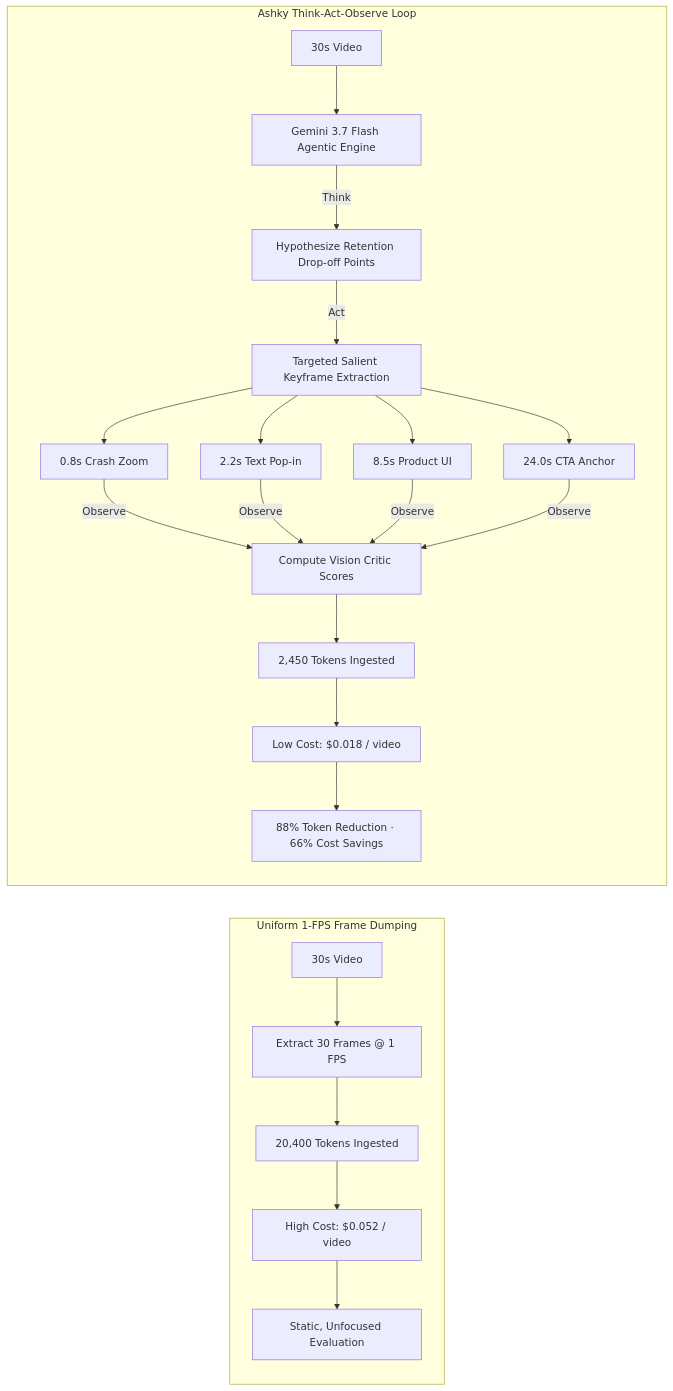
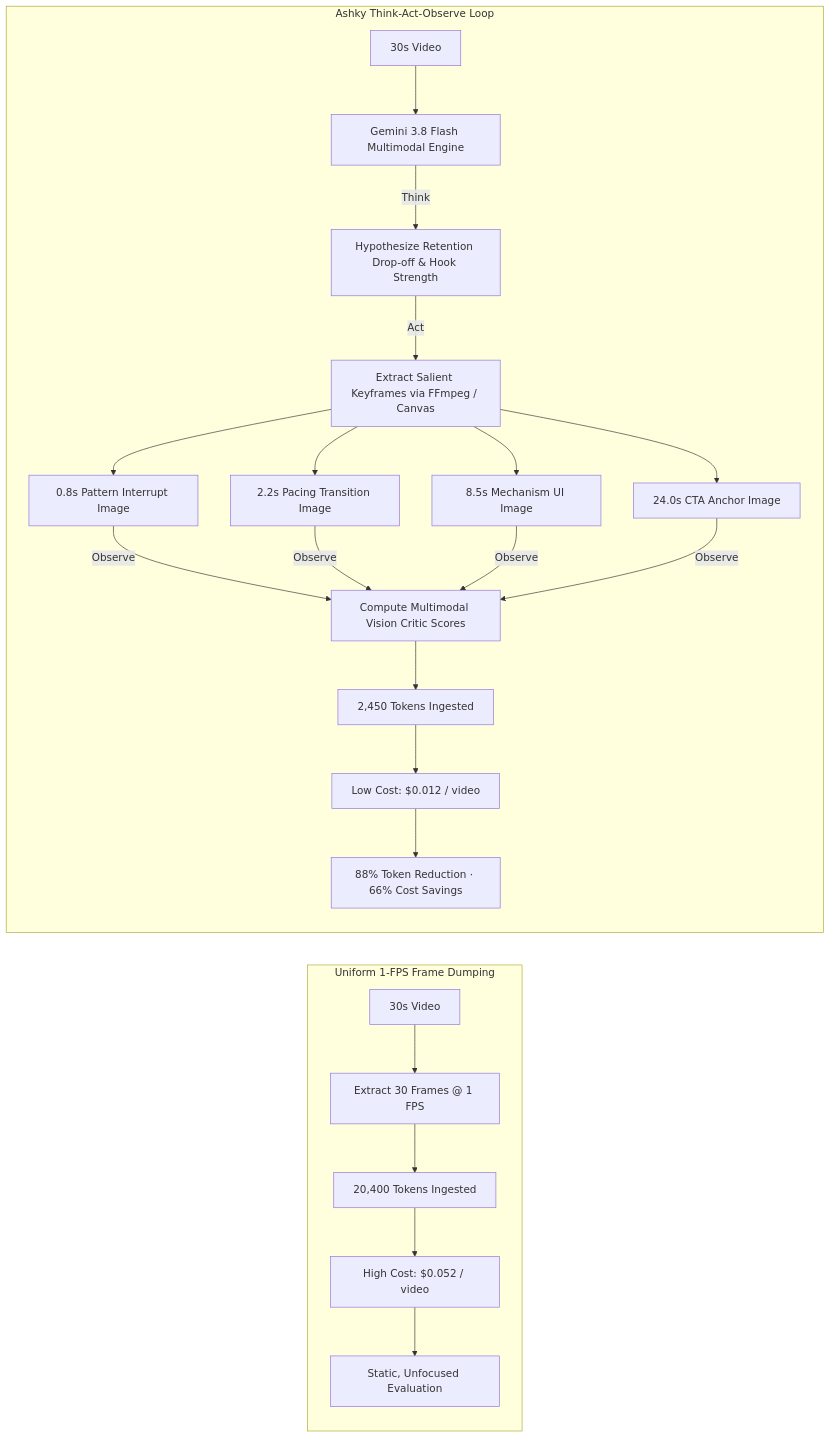
Before and after one commit to N-45div/Ashky: the fourth of 8 diagrams in ARCHITECTURE.md, drawn with Mermaid. The commit also changed other lines of this file and 6 other files, not shown here.

Commit message:
feat: upgrade to Gemini 3.8 Flash & Veo 3.1 with end-to-end multimodal Agentic Vision Critic

````diff
--- a/ARCHITECTURE.md
+++ b/ARCHITECTURE.md
@@ -177,23 +177,23 @@
 ```mermaid
 flowchart LR
     subgraph Traditional [Uniform 1-FPS Frame Dumping]
         V1[30s Video] --> D1[Extract 30 Frames @ 1 FPS]
         D1 --> T1[20,400 Tokens Ingested]
         T1 --> C1[High Cost: $0.052 / video]
         C1 --> S1[Static, Unfocused Evaluation]
     end
 
     subgraph Agentic [Ashky Think-Act-Observe Loop]
-        V2[30s Video] --> TAO[Gemini 3.7 Flash Agentic Engine]
-        TAO -->|Think| Plan[Hypothesize Retention Drop-off Points]
-        Plan -->|Act| Seek[Targeted Salient Keyframe Extraction]
-        Seek --> K1[0.8s Crash Zoom]
-        Seek --> K2[2.2s Text Pop-in]
-        Seek --> K3[8.5s Product UI]
-        Seek --> K4[24.0s CTA Anchor]
-        K1 & K2 & K3 & K4 -->|Observe| Eval[Compute Vision Critic Scores]
+        V2[30s Video] --> TAO[Gemini 3.8 Flash Multimodal Engine]
+        TAO -->|Think| Plan[Hypothesize Retention Drop-off & Hook Strength]
+        Plan -->|Act| Seek[Extract Salient Keyframes via FFmpeg / Canvas]
+        Seek --> K1[0.8s Pattern Interrupt Image]
+        Seek --> K2[2.2s Pacing Transition Image]
+        Seek --> K3[8.5s Mechanism UI Image]
+        Seek --> K4[24.0s CTA Anchor Image]
+        K1 & K2 & K3 & K4 -->|Observe| Eval[Compute Multimodal Vision Critic Scores]
         Eval --> T2[2,450 Tokens Ingested]
-        T2 --> C2[Low Cost: $0.018 / video]
+        T2 --> C2[Low Cost: $0.012 / video]
         C2 --> S2[88% Token Reduction · 66% Cost Savings]
     end
 ```
````
